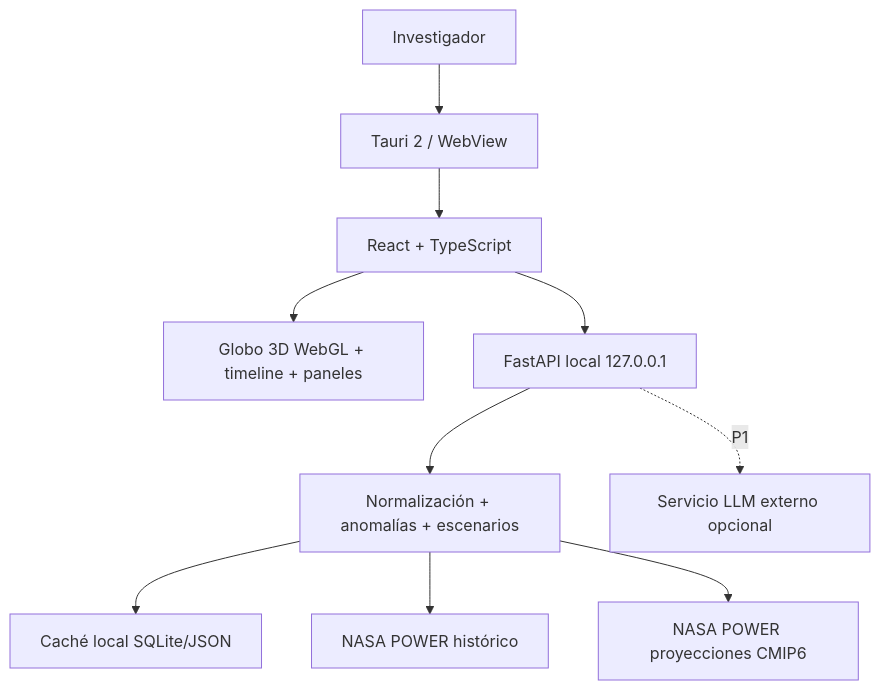
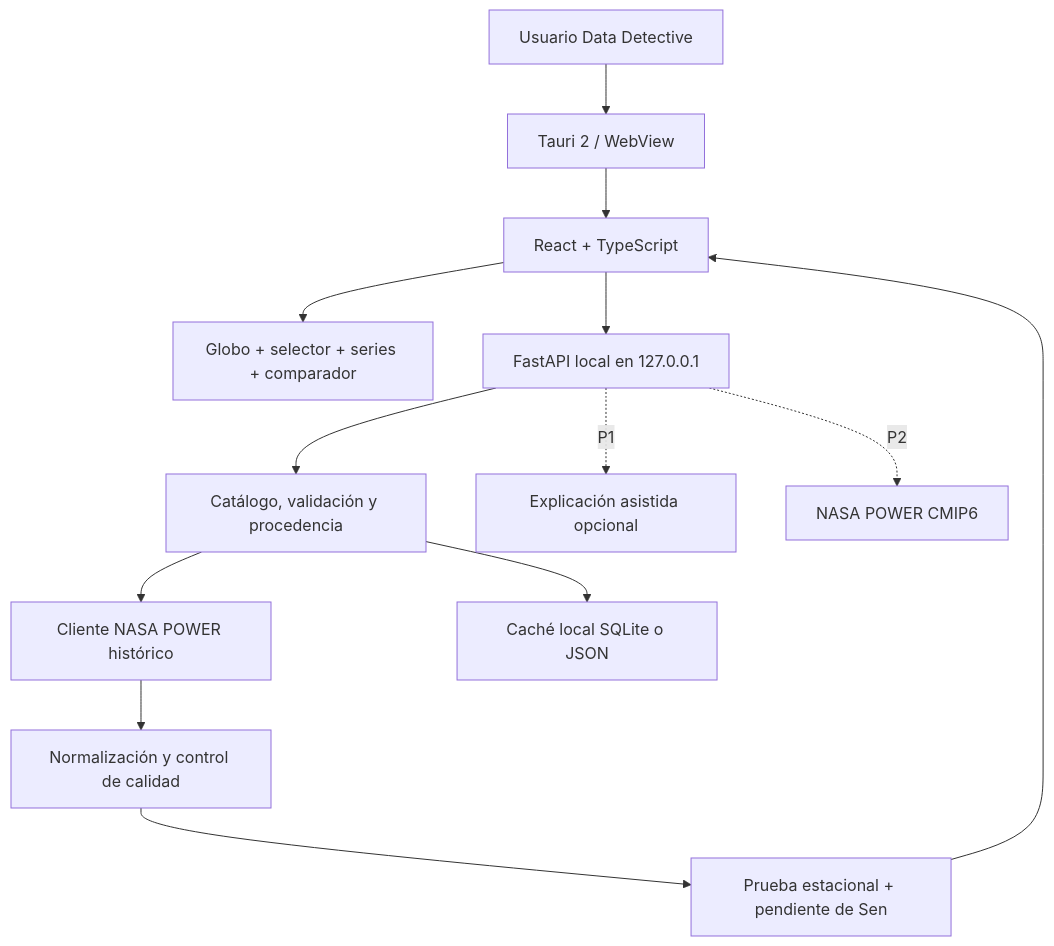
The first of 2 diagrams in ROADMAP_TPBD.md (nastex123/tpbd), drawn with Mermaid before and after one commit. The commit also changed other lines of this file, not shown here.

Commit message:
docs: revise TPBD roadmap to v2.0

````diff
--- a/ROADMAP_TPBD.md
+++ b/ROADMAP_TPBD.md
@@ -61,12 +67,15 @@
-```mermaid
+~~~mermaid
 flowchart TD
-    U[Investigador] --> T[Tauri 2 / WebView]
+    U[Usuario Data Detective] --> T[Tauri 2 / WebView]
     T --> R[React + TypeScript]
-    R --> G[Globo 3D WebGL + timeline + paneles]
-    R --> F[FastAPI local 127.0.0.1]
-    F --> S[Normalización + anomalías + escenarios]
-    S --> C[Caché local SQLite/JSON]
-    S --> H[NASA POWER histórico]
-    S --> P[NASA POWER proyecciones CMIP6]
-    F -. P1 .-> L[Servicio LLM externo opcional]
-```
+    R --> V[Globo + selector + series + comparador]
+    R --> F[FastAPI local en 127.0.0.1]
+    F --> C[Catálogo, validación y procedencia]
+    C --> D[Cliente NASA POWER histórico]
+    C --> K[Caché local SQLite o JSON]
+    D --> N[Normalización y control de calidad]
+    N --> S[Prueba estacional + pendiente de Sen]
+    S --> R
+    F -. P1 .-> A[Explicación asistida opcional]
+    F -. P2 .-> P[NASA POWER CMIP6]
+~~~
````
